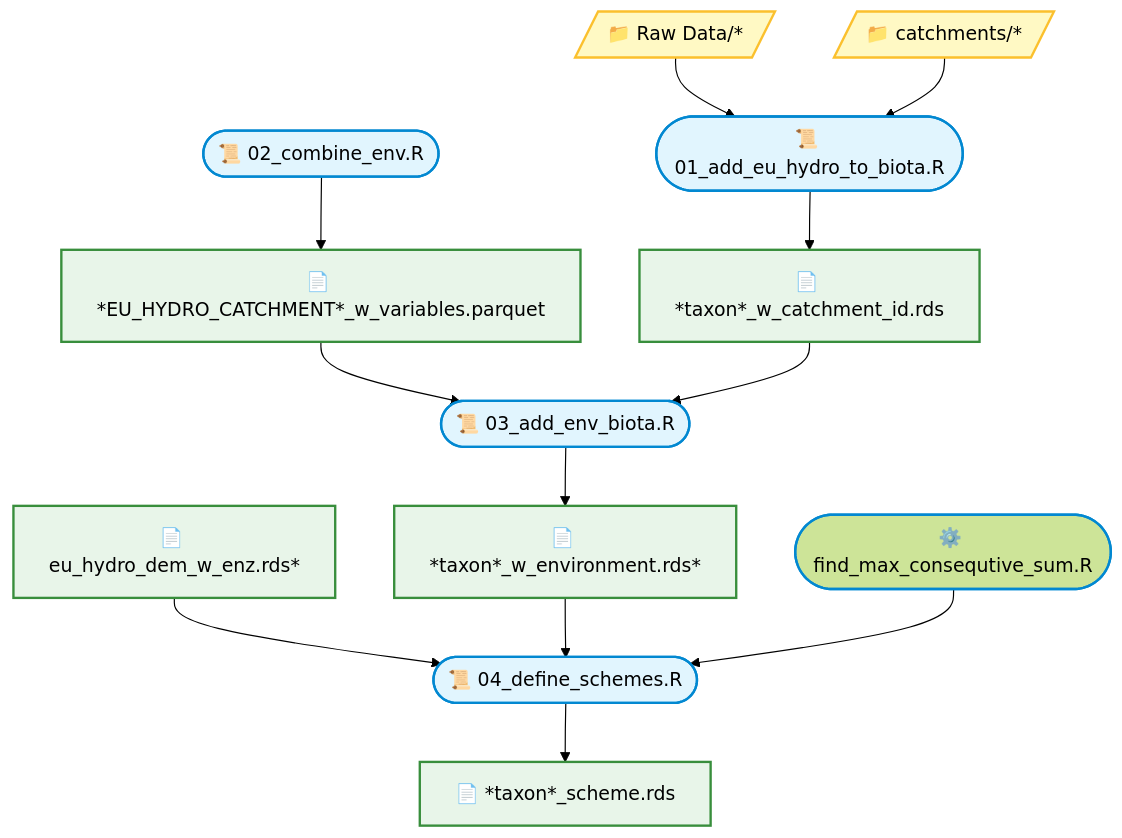
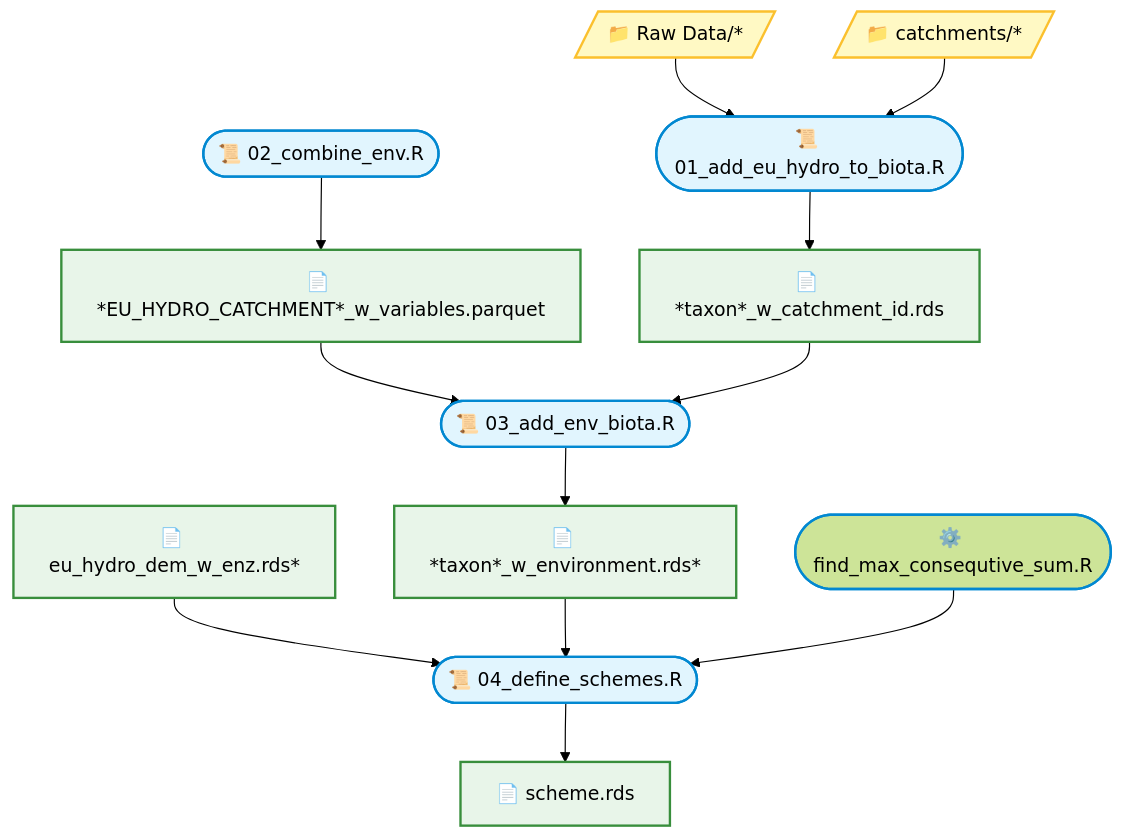
One commit to JonJup/FreshwaterTypologyBenchmarks changed the diagram in docs/01_prepare_data.md. Above: the diagram before and after it, drawn with Mermaid (forest theme). The commit also changed other lines of this file, not shown here.

````diff
--- a/docs/01_prepare_data.md
+++ b/docs/01_prepare_data.md
@@ -3,47 +4,47 @@
 ``` mermaid
 
 graph TD
 
     %% 1. Define custom colors for each type
 	    classDef script fill:#E1F5FE,stroke:#0288D1,stroke-width:2px,color:#000
 	    classDef helper fill:#A2G5FX,stroke:#0288D1,stroke-width:2px,color:#000
 	    classDef file fill:#E8F5E9,stroke:#388E3C,stroke-width:2px,color:#000
 	    classDef folder fill:#FFF9C4,stroke:#FBC02D,stroke-width:2px,color:#000
 	    
 	%% 2. Define Scripts (Stadium shape)
     S1(["📜 01_add_eu_hydro_to_biota.R"]):::script
     S2(["📜 02_combine_env.R"]):::script
     S3(["📜 03_add_env_biota.R"]):::script
     S4(["📜 04_define_schemes.R"]):::script
     
     %% 3. Define Helpers 
     H1(["⚙️ find_max_consequtive_sum.R"]):::helper
     
 	%% 4. Define Files (Standard rectangle)
     F1["📄 *taxon*_w_catchment_id.rds"]:::file
     F2["📄 *EU_HYDRO_CATCHMENT*_w_variables.parquet"]:::file
     F3["📄 eu_hydro_dem_w_enz.rds*"]:::file
-    F4["📄 *taxon*_scheme.rds"]:::file
+    F4["📄 scheme.rds"]:::file
     F5["📄 *taxon*_w_environment.rds*"]:::file
 	
     %% 5. Define Folders (Trapezoid shape)
     D1[/"📁 Raw Data/*"/]:::folder
 	D2[/"📁 catchments/*"/]:::folder
 	
     
     D1 --> S1
      D2 --> S1
 F2 --> S3
 F1 --> S3
 
 F3 --> S4
 F5 --> S4
 
 H1 --> S4
      
      S1 --> F1
      S2 --> F2    
      S3 --> F5
 S4 --> F4     
 
 ```
````
